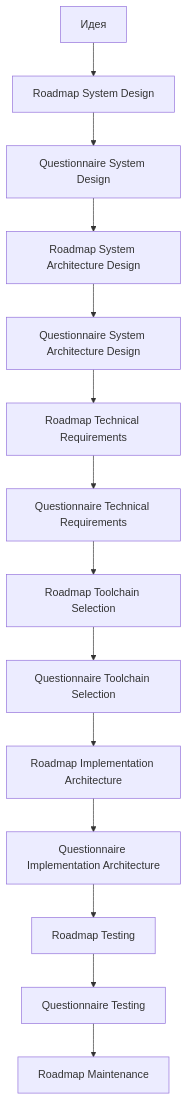
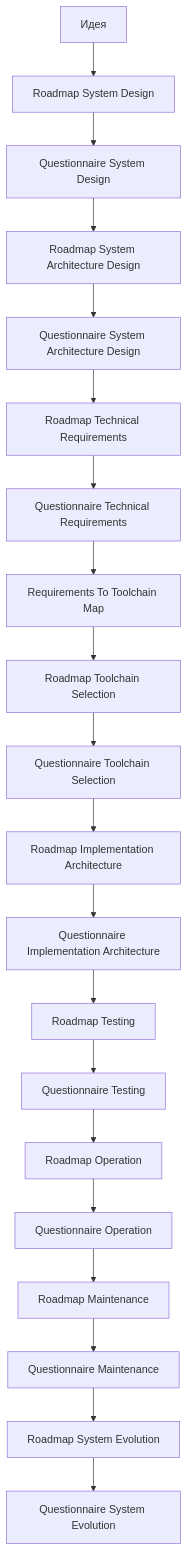
One commit to Mvil34998/Programming-Digital-Systems changed the second of 3 diagrams in docs/00_maps/Development_Route_Map.md. Above: the diagram before and after it, drawn with Mermaid. The commit also changed other lines of this file, not shown here.

Commit message:
Update development route map to full lifecycle

````diff
--- a/docs/00_maps/Development_Route_Map.md
+++ b/docs/00_maps/Development_Route_Map.md
@@ -293,16 +485,22 @@
 ```mermaid
 flowchart TD
     A[Идея] --> R1[Roadmap System Design]
     R1 --> Q1[Questionnaire System Design]
     Q1 --> R2[Roadmap System Architecture Design]
     R2 --> Q2[Questionnaire System Architecture Design]
     Q2 --> R3[Roadmap Technical Requirements]
     R3 --> Q3[Questionnaire Technical Requirements]
-    Q3 --> R4[Roadmap Toolchain Selection]
+    Q3 --> M1[Requirements To Toolchain Map]
+    M1 --> R4[Roadmap Toolchain Selection]
     R4 --> Q4[Questionnaire Toolchain Selection]
     Q4 --> R5[Roadmap Implementation Architecture]
     R5 --> Q5[Questionnaire Implementation Architecture]
     Q5 --> R6[Roadmap Testing]
     R6 --> Q6[Questionnaire Testing]
-    Q6 --> R7[Roadmap Maintenance]
+    Q6 --> R7[Roadmap Operation]
+    R7 --> Q7[Questionnaire Operation]
+    Q7 --> R8[Roadmap Maintenance]
+    R8 --> Q8[Questionnaire Maintenance]
+    Q8 --> R9[Roadmap System Evolution]
+    R9 --> Q9[Questionnaire System Evolution]
 ```
````
